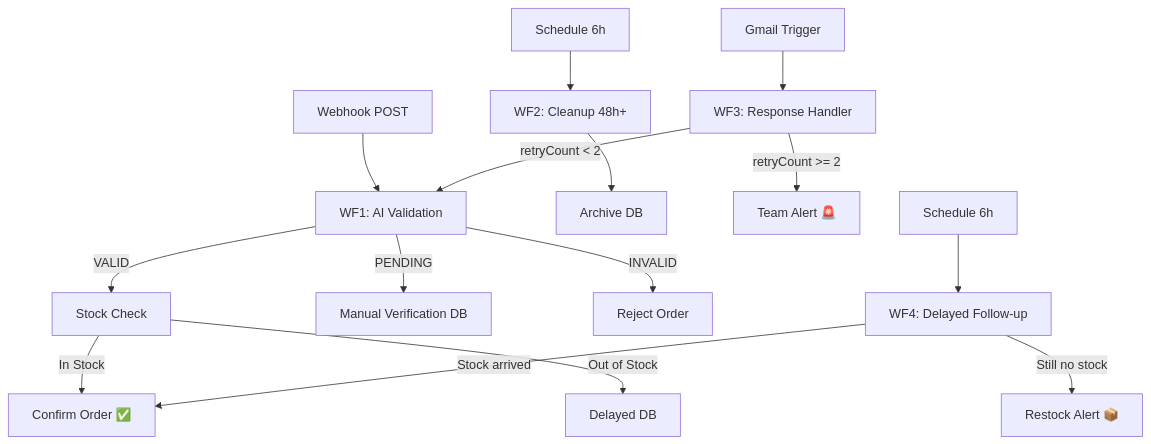
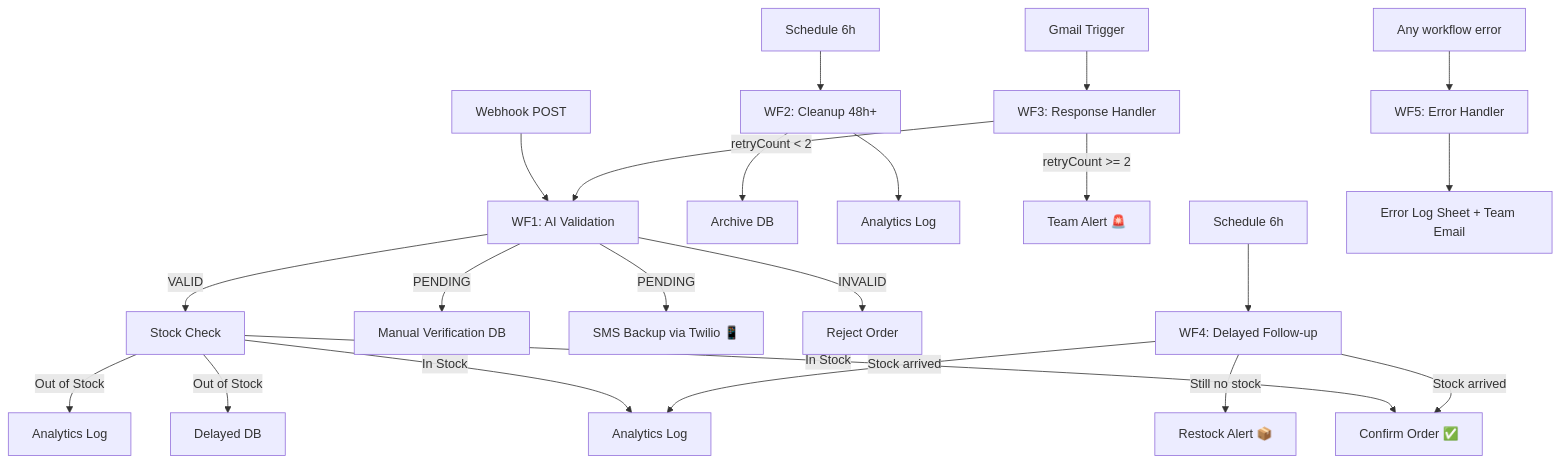
One commit to newyorksd24-ai/linkedin-lead-gen-automation changed the diagram in README.md. Above: the diagram before and after it, drawn with Mermaid. The commit also changed other lines of this file, not shown here.

````diff
--- a/README.md
+++ b/README.md
@@ -53,17 +58,24 @@
 ```mermaid
 graph TD
     A[Webhook POST] --> B[WF1: AI Validation]
     B -->|VALID| C[Stock Check]
     B -->|PENDING| D[Manual Verification DB]
+    B -->|PENDING| D2[SMS Backup via Twilio 📱]
     B -->|INVALID| E[Reject Order]
     C -->|In Stock| F[Confirm Order ✅]
+    C -->|In Stock| F2[Analytics Log]
     C -->|Out of Stock| G[Delayed DB]
+    C -->|Out of Stock| G2[Analytics Log]
     H[Schedule 6h] --> I[WF2: Cleanup 48h+]
     I --> J[Archive DB]
+    I --> J2[Analytics Log]
     K[Gmail Trigger] --> L[WF3: Response Handler]
     L -->|retryCount < 2| B
     L -->|retryCount >= 2| M[Team Alert 🚨]
     N[Schedule 6h] --> O[WF4: Delayed Follow-up]
     O -->|Stock arrived| F
+    O -->|Stock arrived| F2
     O -->|Still no stock| P[Restock Alert 📦]
+    Q[Any workflow error] --> R[WF5: Error Handler]
+    R --> S[Error Log Sheet + Team Email]
 ```
````
